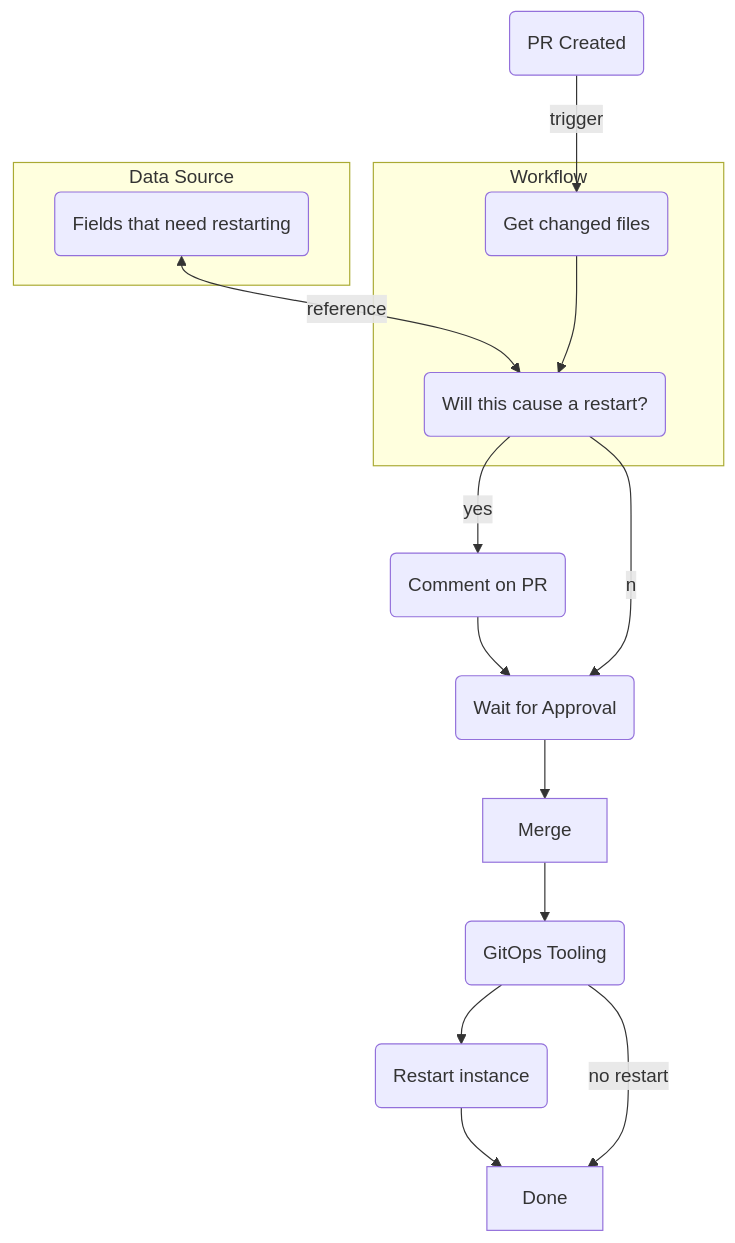
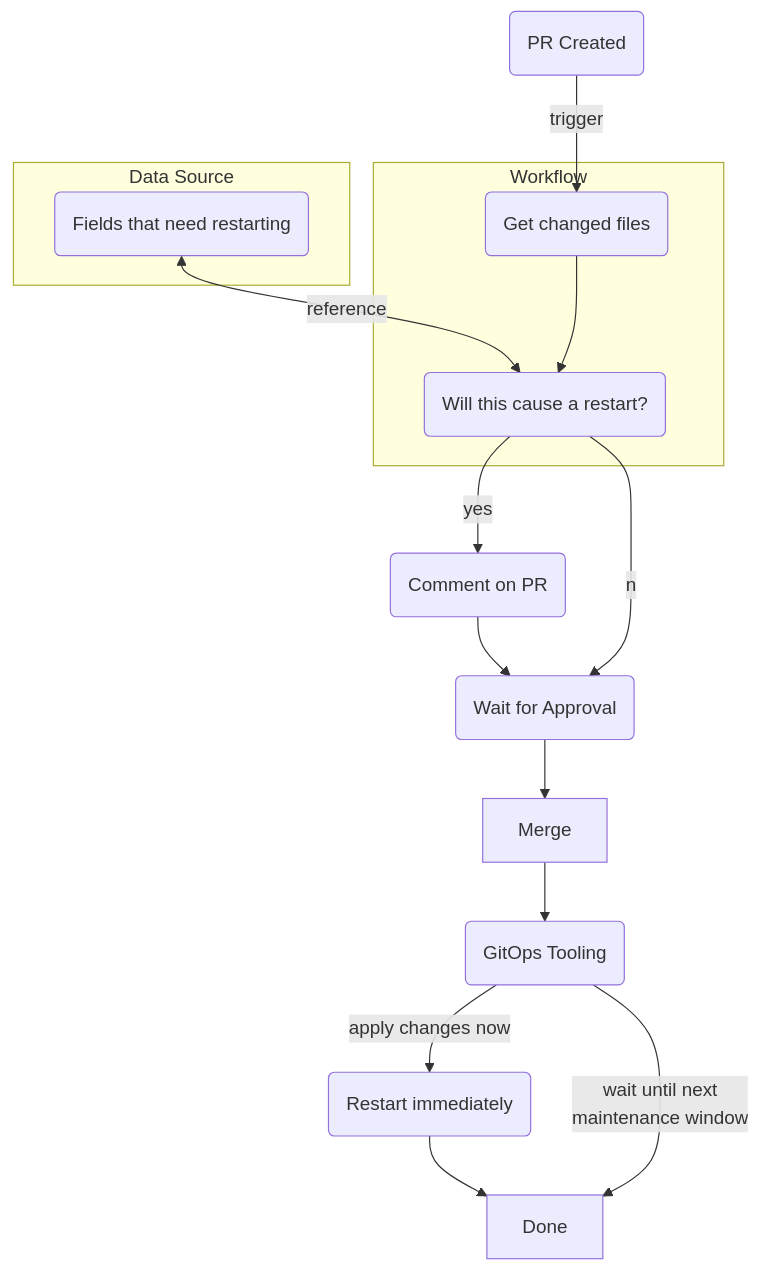
Before and after one commit to awslabs/crossplane-on-eks: the first of 3 diagrams in doc/rds-day-2.md, drawn with Mermaid. The commit also changed other lines of this file, not shown here.

````diff
--- a/doc/rds-day-2.md
+++ b/doc/rds-day-2.md
@@ -56,23 +56,23 @@
 ```mermaid
 flowchart TD
     Comment(Comment on PR)
 
     subgraph Workflow
         GetChangedFiles(Get changed files)
         GetChangedFiles(Get changed files)
         StepCheck(Will this cause a restart?)
     end
 
     subgraph Data Source 
         FieldDefinitions(Fields that need restarting)
     end 
 
-    Restart(Restart instance)
+    Restart(Restart immediately)
 
     FieldDefinitions <--reference--> StepCheck
 
     PR(PR Created) --trigger--> GetChangedFiles --> StepCheck --yes--> Comment --> Approval(Wait for Approval) --> Merge --> GitOps(GitOps Tooling)
     StepCheck--no--> Approval
-    GitOps --> Restart --> Done
-    GitOps --no restart--> Done
+    GitOps --apply changes now --> Restart --> Done
+    GitOps --wait until next \n maintenance window--> Done
 ```
````
